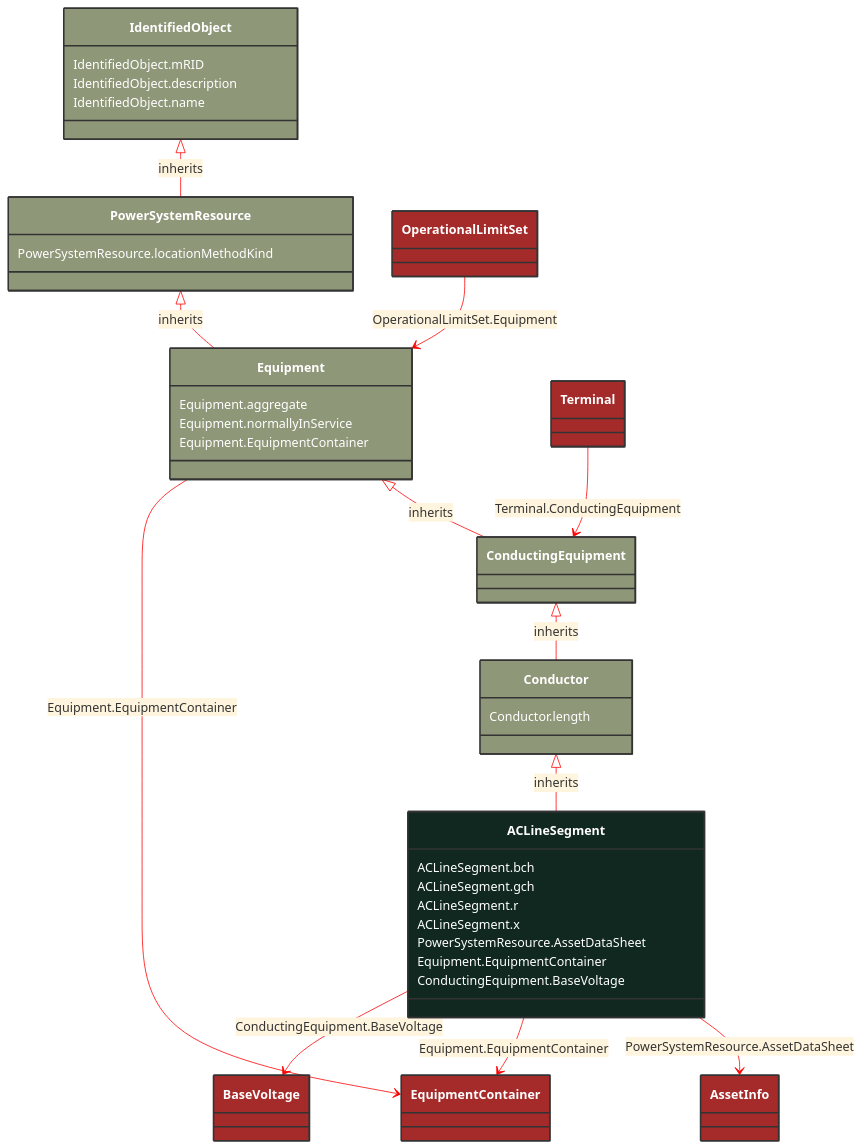
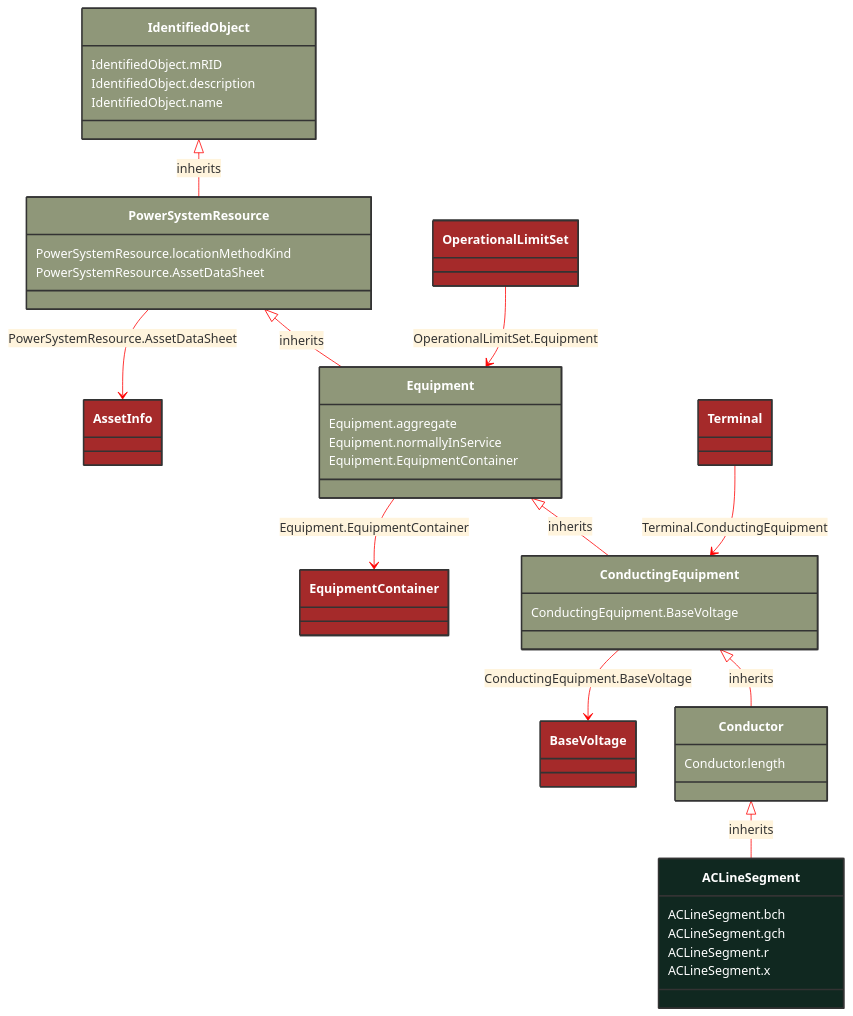
The diagram in docs/Models/Profiles/Telemark-120Equipment/ConcreteClasses/ACLineSegment.md (3lbits/NoCIMExtensions), drawn with Mermaid before and after one commit. The commit also changed other lines of this file and 297 other files, not shown here.

````diff
--- a/docs/Models/Profiles/Telemark-120Equipment/ConcreteClasses/ACLineSegment.md
+++ b/docs/Models/Profiles/Telemark-120Equipment/ConcreteClasses/ACLineSegment.md
@@ -8,77 +8,71 @@
 ```mermaid
 %%{init: {'theme':'base','themeVariables': {'lineColor': '#FF0000'}}}%%
 classDiagram
     class ACLineSegment
     click ACLineSegment href "/Models/Profiles/Telemark-120Equipment/ConcreteClasses/ACLineSegment/"
     style ACLineSegment fill:#102820,stroke:#333,stroke-width:2px,rx:10,ry:10,color:white
      
         Conductor <|-- ACLineSegment : inherits
             click Conductor href "/Models/Profiles/Telemark-120Equipment/AbstractClasses/Conductor/"
             style Conductor fill:#8F9779,stroke:#333,stroke-width:2px,rx:10,ry:10,color:white
      
         ConductingEquipment <|-- Conductor : inherits
             click ConductingEquipment href "/Models/Profiles/Telemark-120Equipment/AbstractClasses/ConductingEquipment/"
             style ConductingEquipment fill:#8F9779,stroke:#333,stroke-width:2px,rx:10,ry:10,color:white
      
         Equipment <|-- ConductingEquipment : inherits
             click Equipment href "/Models/Profiles/Telemark-120Equipment/AbstractClasses/Equipment/"
             style Equipment fill:#8F9779,stroke:#333,stroke-width:2px,rx:10,ry:10,color:white
      
         PowerSystemResource <|-- Equipment : inherits
             click PowerSystemResource href "/Models/Profiles/Telemark-120Equipment/AbstractClasses/PowerSystemResource/"
             style PowerSystemResource fill:#8F9779,stroke:#333,stroke-width:2px,rx:10,ry:10,color:white
      
         IdentifiedObject <|-- PowerSystemResource : inherits
             click IdentifiedObject href "/Models/Profiles/Telemark-120Equipment/AbstractClasses/IdentifiedObject/"
             style IdentifiedObject fill:#8F9779,stroke:#333,stroke-width:2px,rx:10,ry:10,color:white
 
-        ACLineSegment --> AssetInfo : PowerSystemResource.AssetDataSheet
-
-        AssetInfo
-            click AssetInfo href "/Models/Profiles/Telemark-120Equipment/ConcreteClasses/AssetInfo/"
-            style AssetInfo fill:#A52A2A,stroke:#333,stroke-width:2px,rx:10,ry:10,color:white
-        ACLineSegment --> EquipmentContainer : Equipment.EquipmentContainer
-
-        EquipmentContainer
-            click EquipmentContainer href "/Models/Profiles/Telemark-120Equipment/AbstractClasses/EquipmentContainer/"
-            style EquipmentContainer fill:#A52A2A,stroke:#333,stroke-width:2px,rx:10,ry:10,color:white
-        ACLineSegment --> BaseVoltage : ConductingEquipment.BaseVoltage
+        ConductingEquipment --> BaseVoltage : ConductingEquipment.BaseVoltage
 
         BaseVoltage
             click BaseVoltage href "/Models/Profiles/Telemark-120Equipment/ConcreteClasses/BaseVoltage/"
             style BaseVoltage fill:#A52A2A,stroke:#333,stroke-width:2px,rx:10,ry:10,color:white
         Equipment --> EquipmentContainer : Equipment.EquipmentContainer
 
         EquipmentContainer
             click EquipmentContainer href "/Models/Profiles/Telemark-120Equipment/AbstractClasses/EquipmentContainer/"
             style EquipmentContainer fill:#A52A2A,stroke:#333,stroke-width:2px,rx:10,ry:10,color:white
+        PowerSystemResource --> AssetInfo : PowerSystemResource.AssetDataSheet
+
+        AssetInfo
+            click AssetInfo href "/Models/Profiles/Telemark-120Equipment/ConcreteClasses/AssetInfo/"
+            style AssetInfo fill:#A52A2A,stroke:#333,stroke-width:2px,rx:10,ry:10,color:white
 
         OperationalLimitSet --> Equipment : OperationalLimitSet.Equipment
 
         OperationalLimitSet
             click OperationalLimitSet href "/Models/Profiles/Telemark-120Equipment/ConcreteClasses/OperationalLimitSet/"
             style OperationalLimitSet fill:#A52A2A,stroke:#333,stroke-width:2px,rx:10,ry:10,color:white
 
         Terminal --> ConductingEquipment : Terminal.ConductingEquipment
 
         Terminal
             click Terminal href "/Models/Profiles/Telemark-120Equipment/ConcreteClasses/Terminal/"
             style Terminal fill:#A52A2A,stroke:#333,stroke-width:2px,rx:10,ry:10,color:white
 
 
         ACLineSegment : ACLineSegment.bch
         ACLineSegment : ACLineSegment.gch
         ACLineSegment : ACLineSegment.r
         ACLineSegment : ACLineSegment.x
-        ACLineSegment : PowerSystemResource.AssetDataSheet
-        ACLineSegment : Equipment.EquipmentContainer
-        ACLineSegment : ConductingEquipment.BaseVoltage
         Conductor : Conductor.length
+        ConductingEquipment : ConductingEquipment.BaseVoltage
         Equipment : Equipment.aggregate
         Equipment : Equipment.normallyInService
         Equipment : Equipment.EquipmentContainer
         PowerSystemResource : PowerSystemResource.locationMethodKind
+        PowerSystemResource : PowerSystemResource.AssetDataSheet
         IdentifiedObject : IdentifiedObject.mRID
         IdentifiedObject : IdentifiedObject.description
         IdentifiedObject : IdentifiedObject.name
 ```
````
